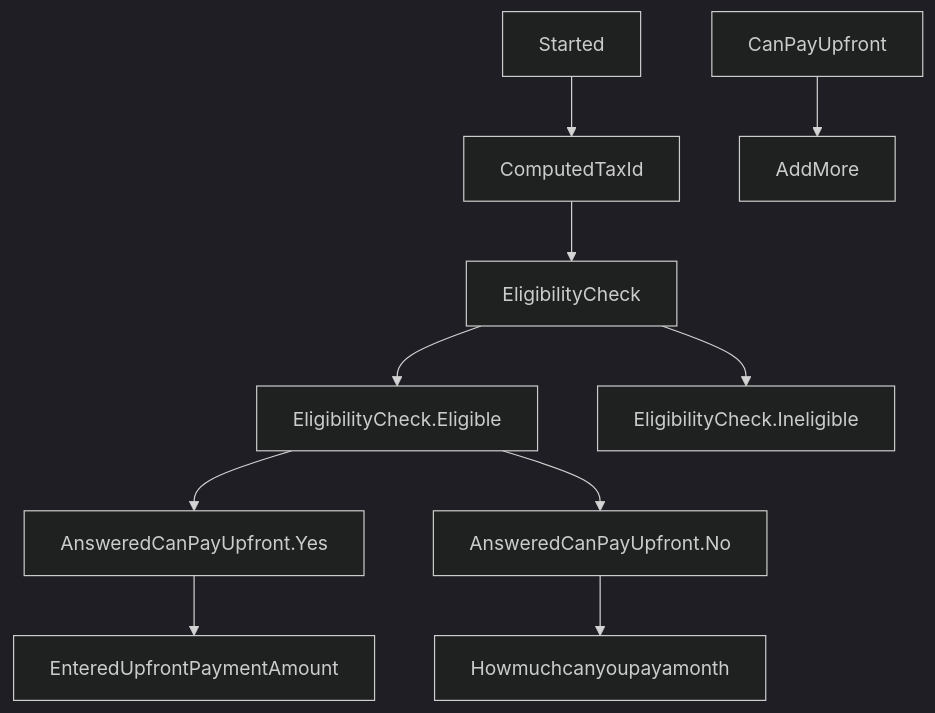
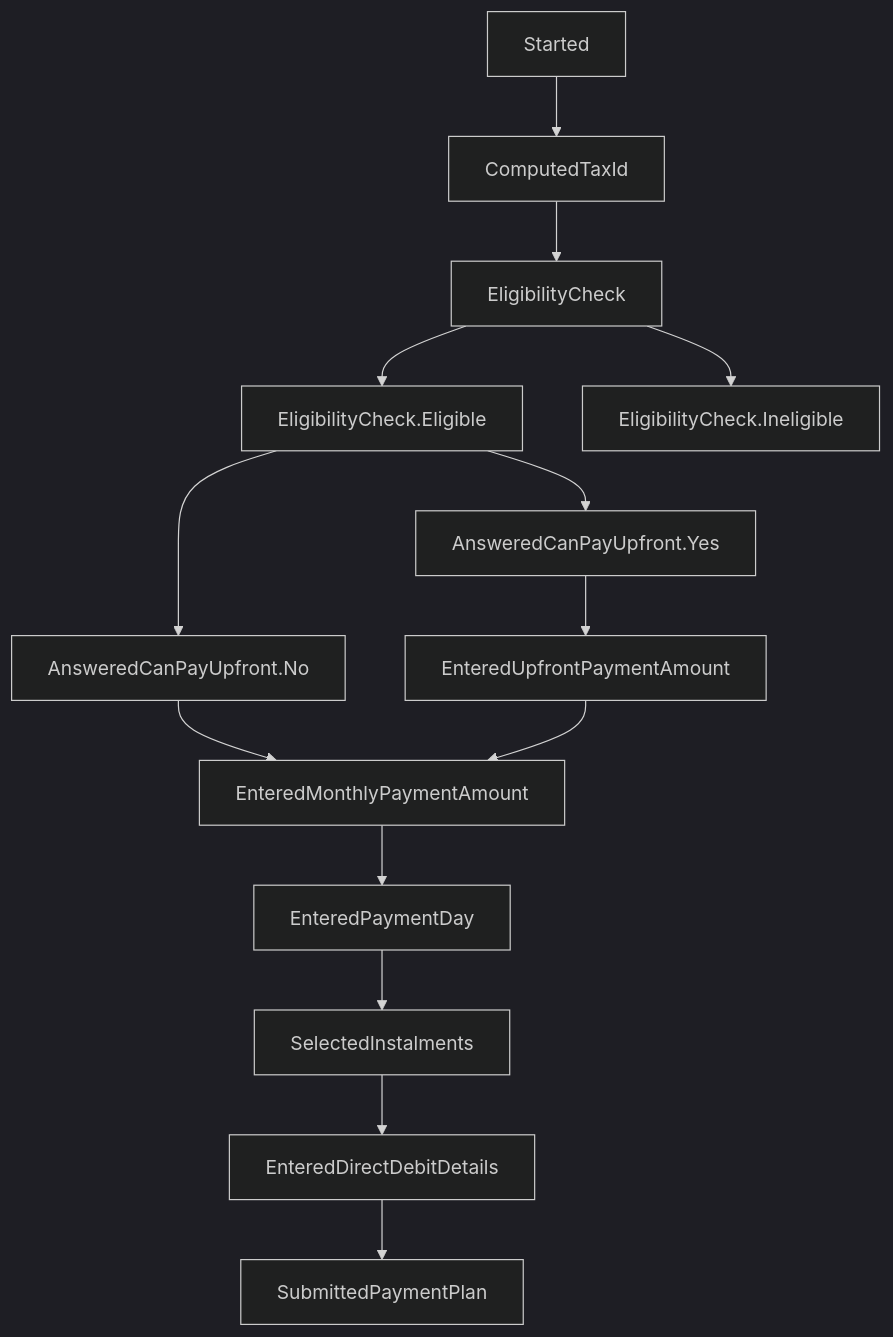
The diagram in README.md (hmrc/essttp-backend), drawn with Mermaid (dark theme) before and after one commit. The commit also changed 22 other files, not shown here.

````diff
--- a/README.md
+++ b/README.md
@@ -16,12 +16,16 @@
 ```mermaid
 graph TD;
     Started --> ComputedTaxId;
     ComputedTaxId --> EligibilityCheck;
     EligibilityCheck --> EligibilityCheck.Eligible;
     EligibilityCheck --> EligibilityCheck.Ineligible;
     EligibilityCheck.Eligible --> AnsweredCanPayUpfront.Yes;
     EligibilityCheck.Eligible --> AnsweredCanPayUpfront.No;
-    AnsweredCanPayUpfront.No --> Howmuchcanyoupayamonth;
+    AnsweredCanPayUpfront.No --> EnteredMonthlyPaymentAmount;
     AnsweredCanPayUpfront.Yes --> EnteredUpfrontPaymentAmount;
-    CanPayUpfront --> AddMore;
+    EnteredUpfrontPaymentAmount -->  EnteredMonthlyPaymentAmount;
+    EnteredMonthlyPaymentAmount --> EnteredPaymentDay;
+    EnteredPaymentDay --> SelectedInstalments;
+    SelectedInstalments --> EnteredDirectDebitDetails;
+    EnteredDirectDebitDetails --> SubmittedPaymentPlan;
 ```
````
